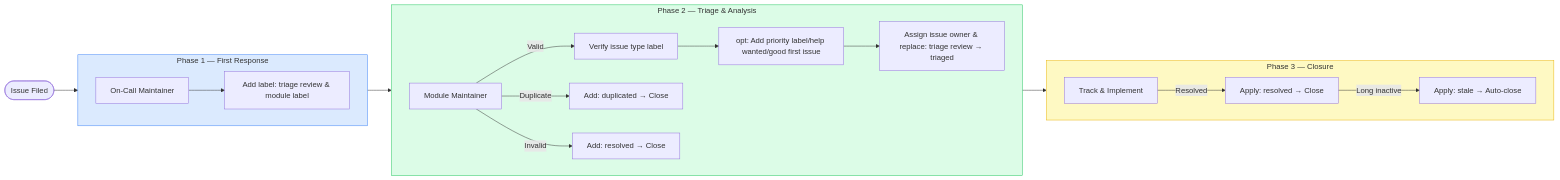
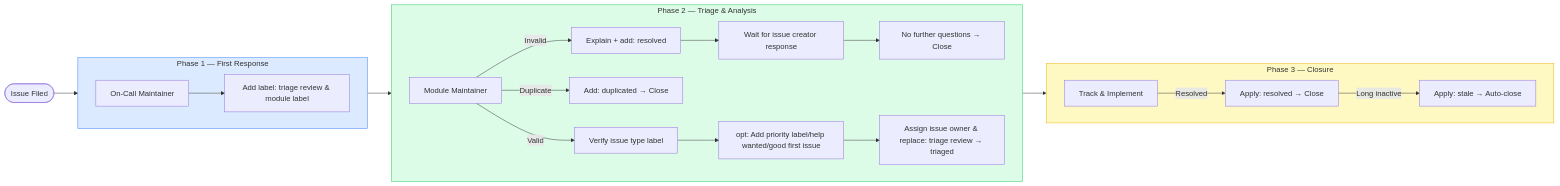
One commit to vllm-project/vllm-ascend changed the diagram in docs/source/community/issue-workflow-guidelines.md. Above: the diagram before and after it, drawn with Mermaid.

Commit message:
Update the mermain chart consistent with the phrase description.

````diff
--- a/docs/source/community/issue-workflow-guidelines.md
+++ b/docs/source/community/issue-workflow-guidelines.md
@@ -53,32 +53,34 @@
 ```mermaid
 flowchart LR
     A([Issue Filed]) --> B
 
     subgraph P1["Phase 1 — First Response"]
         direction LR
         B[On-Call Maintainer] --> B1[Add label: triage review & module label]
     end
 
     B1 --> C
 
     subgraph P2["Phase 2 — Triage & Analysis"]
         direction LR
         C[Module Maintainer]
         C -- Valid --> C2[Verify issue type label]
         C -- Duplicate --> C3[Add: duplicated → Close]
-        C -- Invalid --> C4[Add: resolved → Close]
+        C -- Invalid --> C4[Explain + add: resolved]
+        C4 --> C4a[Wait for issue creator response]
+        C4a --> C4b[No further questions → Close]
         C2 --> C5[opt: Add priority label/help wanted/good first issue]
         C5 --> C6[Assign issue owner & replace: triage review → triaged]
     end
 
     C6 --> D
 
     subgraph P3["Phase 3 — Closure"]
         direction LR
         D[Track & Implement] -- Resolved --> D2[Apply: resolved → Close] -- Long inactive --> D3[Apply: stale → Auto-close]
     end
 
     style P1 fill:#dbeafe,stroke:#3b82f6
     style P2 fill:#dcfce7,stroke:#22c55e
     style P3 fill:#fef9c3,stroke:#eab308
 ```
````
